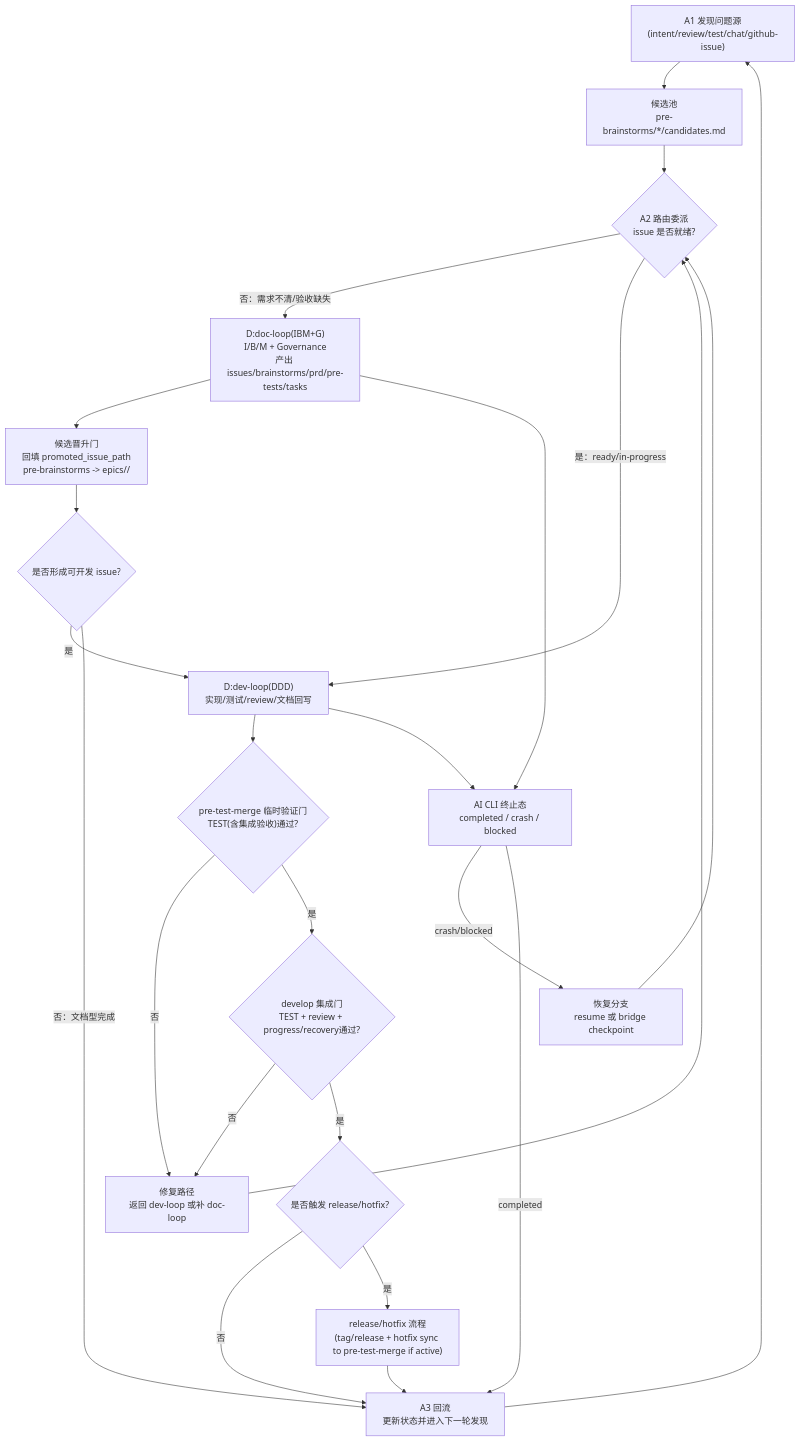
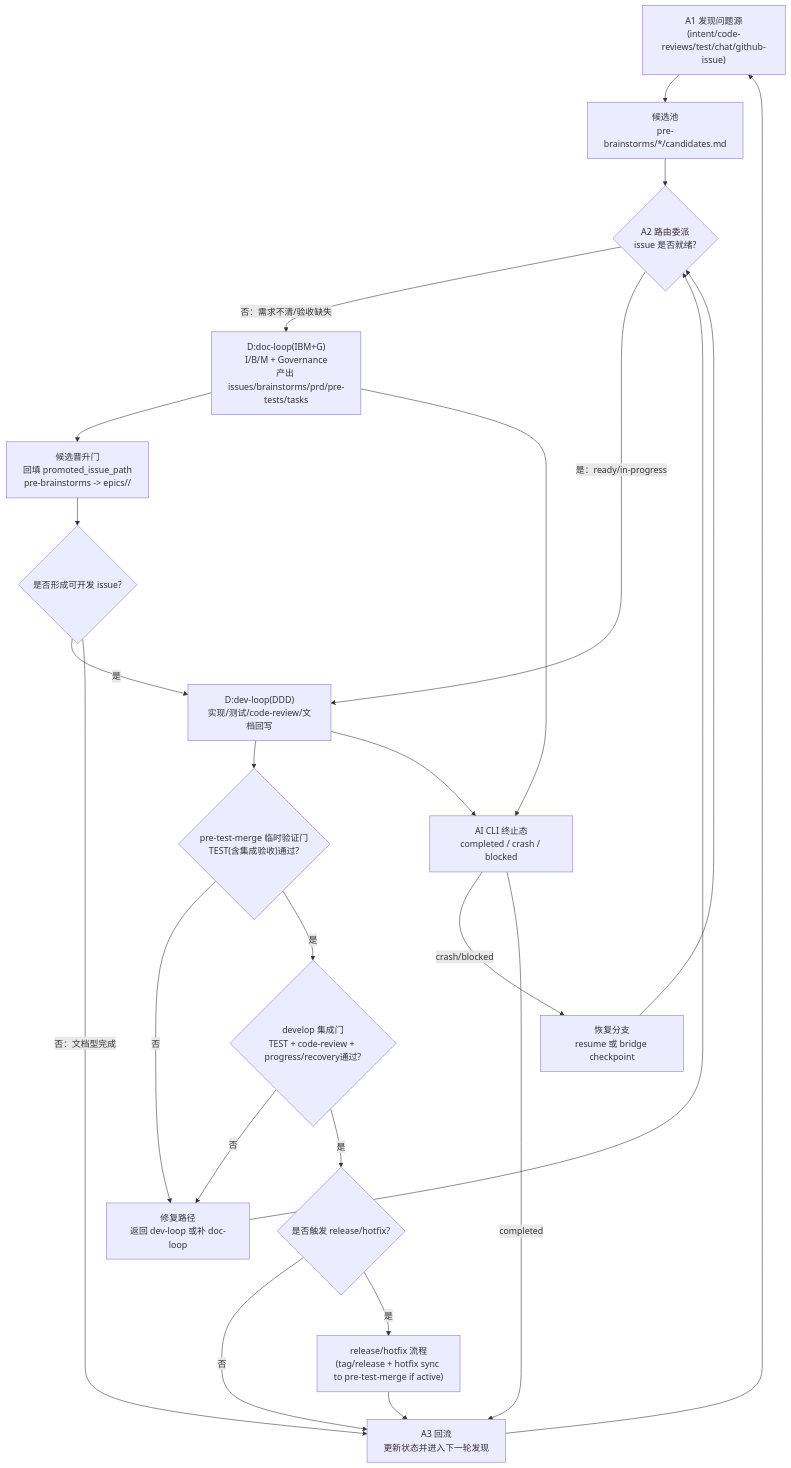
The diagram in docs/PROJECT_INTENT.md (chatterzhao/freely), drawn with Mermaid before and after one commit. The commit also changed other lines of this file and 4 other files, not shown here.

Commit message:
docs: place code reviews under story scope

````diff
--- a/docs/PROJECT_INTENT.md
+++ b/docs/PROJECT_INTENT.md
@@ -60,43 +61,43 @@
 ```mermaid
 flowchart TD
-    S1["A1 发现问题源\n(intent/review/test/chat/github-issue)"]
+    S1["A1 发现问题源\n(intent/code-reviews/test/chat/github-issue)"]
     S2["候选池\npre-brainstorms/*/candidates.md"]
     S3{"A2 路由委派\nissue 是否就绪?"}
 
     D1["D:doc-loop(IBM+G)\nI/B/M + Governance\n产出 issues/brainstorms/prd/pre-tests/tasks"]
     V1["候选晋升门\n回填 promoted_issue_path\npre-brainstorms -> epics/<epic>/<story>"]
     J1{"是否形成可开发 issue?"}
 
-    D2["D:dev-loop(DDD)\n实现/测试/review/文档回写"]
+    D2["D:dev-loop(DDD)\n实现/测试/code-review/文档回写"]
     G1{"pre-test-merge 临时验证门\nTEST(含集成验收)通过?"}
-    G2{"develop 集成门\nTEST + review + progress/recovery通过?"}
+    G2{"develop 集成门\nTEST + code-review + progress/recovery通过?"}
     F1["修复路径\n返回 dev-loop 或补 doc-loop"]
     R0{"是否触发 release/hotfix?"}
     R1["release/hotfix 流程\n(tag/release + hotfix sync to pre-test-merge if active)"]
 
     A3["A3 回流\n更新状态并进入下一轮发现"]
     X1["AI CLI 终止态\ncompleted / crash / blocked"]
     RC["恢复分支\nresume 或 bridge checkpoint"]
 
     S1 --> S2 --> S3
     S3 -->|"否：需求不清/验收缺失"| D1
     S3 -->|"是：ready/in-progress"| D2
     D1 --> V1 --> J1
     J1 -->|"是"| D2
     J1 -->|"否：文档型完成"| A3
 
     D2 --> G1
     G1 -->|"否"| F1
     G1 -->|"是"| G2
     G2 -->|"否"| F1
     G2 -->|"是"| R0
     F1 --> S3
     R0 -->|"否"| A3
     R0 -->|"是"| R1 --> A3
     A3 --> S1
 
     D1 --> X1
     D2 --> X1
     X1 -->|"crash/blocked"| RC --> S3
     X1 -->|"completed"| A3
 ```
````
